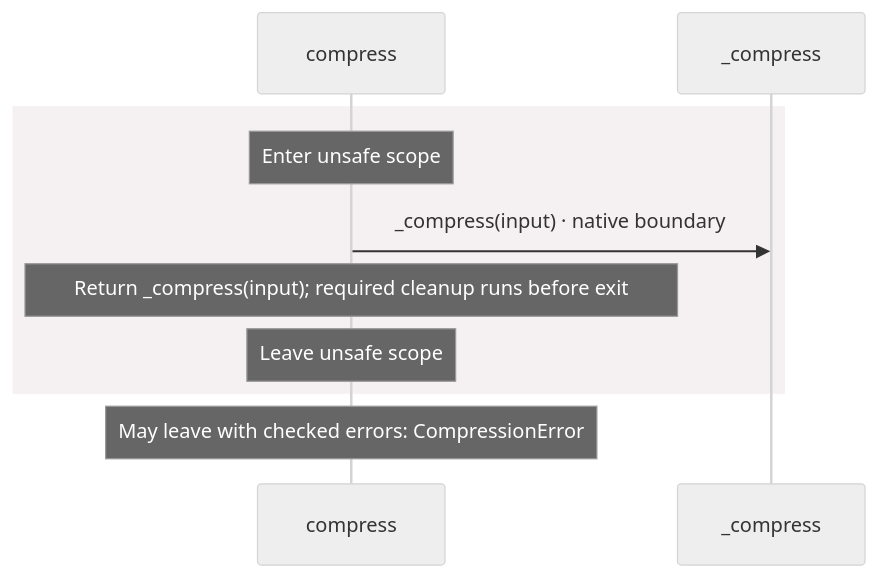
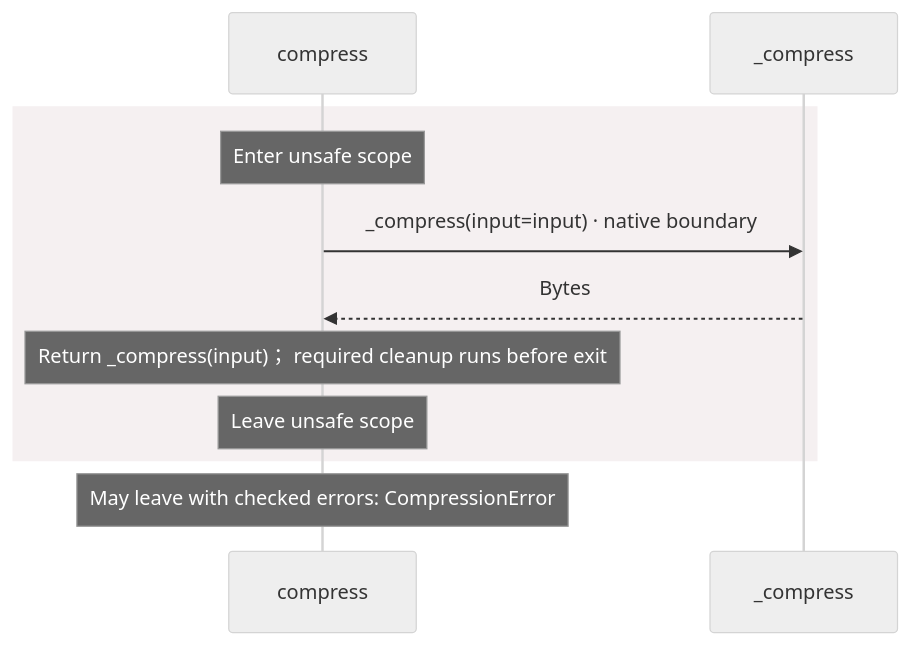
Before and after one commit to GreenPandaStudios/augscript: the second of 3 diagrams in docs/examples/native-zlib/dependencies/packages/@greenpandastudios/aug-zlib/0.1.5/api-diagrams.md, drawn with Mermaid (neutral theme). The commit also changed other lines of this file and 524 other files, not shown here.

Commit message:
Explain checked data flow at folder and service levels

````diff
--- a/docs/examples/native-zlib/dependencies/packages/@greenpandastudios/aug-zlib/0.1.5/api-diagrams.md
+++ b/docs/examples/native-zlib/dependencies/packages/@greenpandastudios/aug-zlib/0.1.5/api-diagrams.md
@@ -71,12 +58,13 @@
 ```mermaid
 sequenceDiagram
     participant p0 as compress
     participant p1 as _compress
     rect rgb(245, 240, 241)
     Note over p0: Enter unsafe scope
-    p0->>p1: _compress(input) · native boundary
-    Note over p0: Return _compress(input)#59; required cleanup runs before exit
+    p0->>p1: _compress(input=input) · native boundary
+    p1-->>p0: Bytes
+    Note over p0: Return _compress(input)； required cleanup runs before exit
     Note over p0: Leave unsafe scope
     end
     Note over p0: May leave with checked errors: CompressionError
 ```
````
